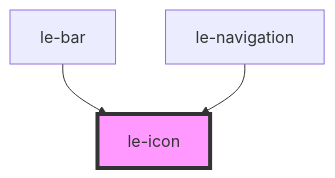
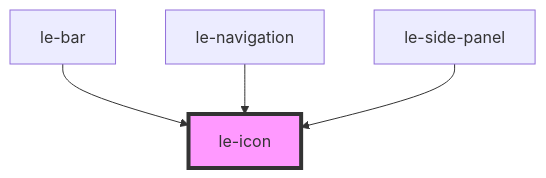
The diagram in src/components/le-icon/readme.md (leechy/le-kit), drawn with Mermaid before and after one commit. The commit also changed other lines of this file and 16 other files, not shown here.

First line of the commit message:
Add <le-side-panel> component

````diff
--- a/src/components/le-icon/readme.md
+++ b/src/components/le-icon/readme.md
@@ -24,6 +25,7 @@
 ```mermaid
 graph TD;
   le-bar --> le-icon
   le-navigation --> le-icon
+  le-side-panel --> le-icon
   style le-icon fill:#f9f,stroke:#333,stroke-width:4px
 ```
````
